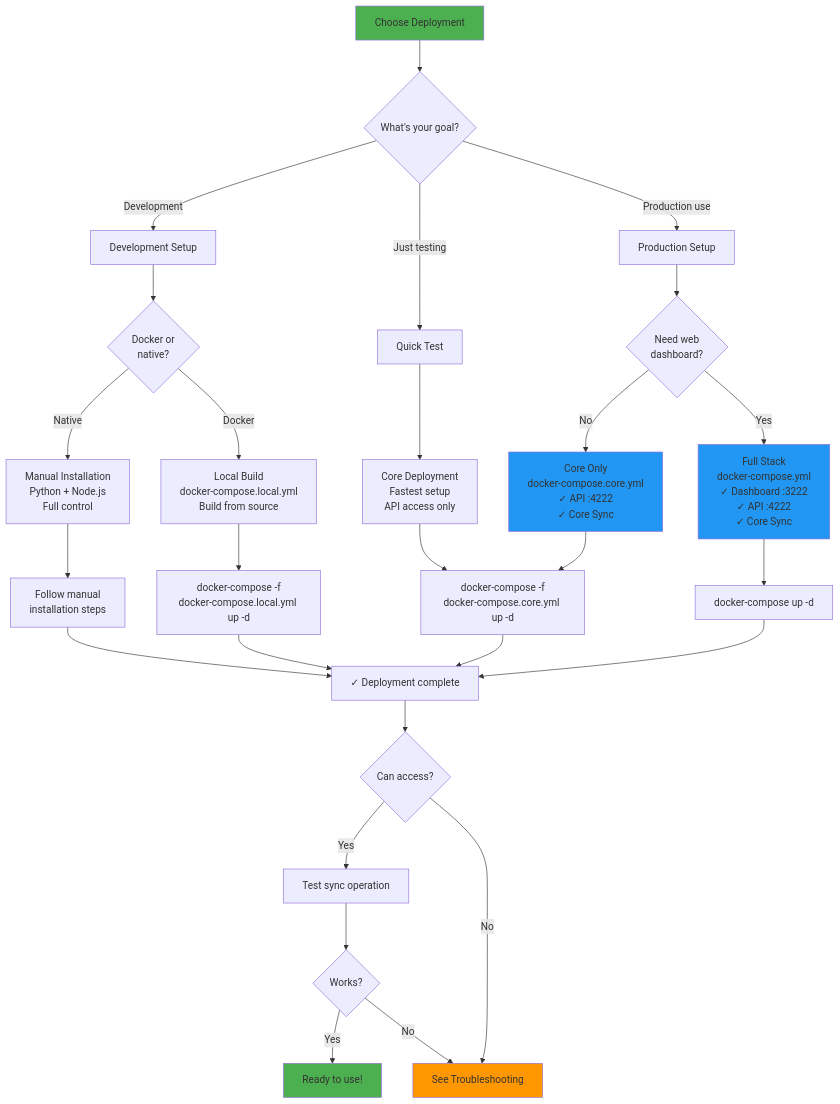
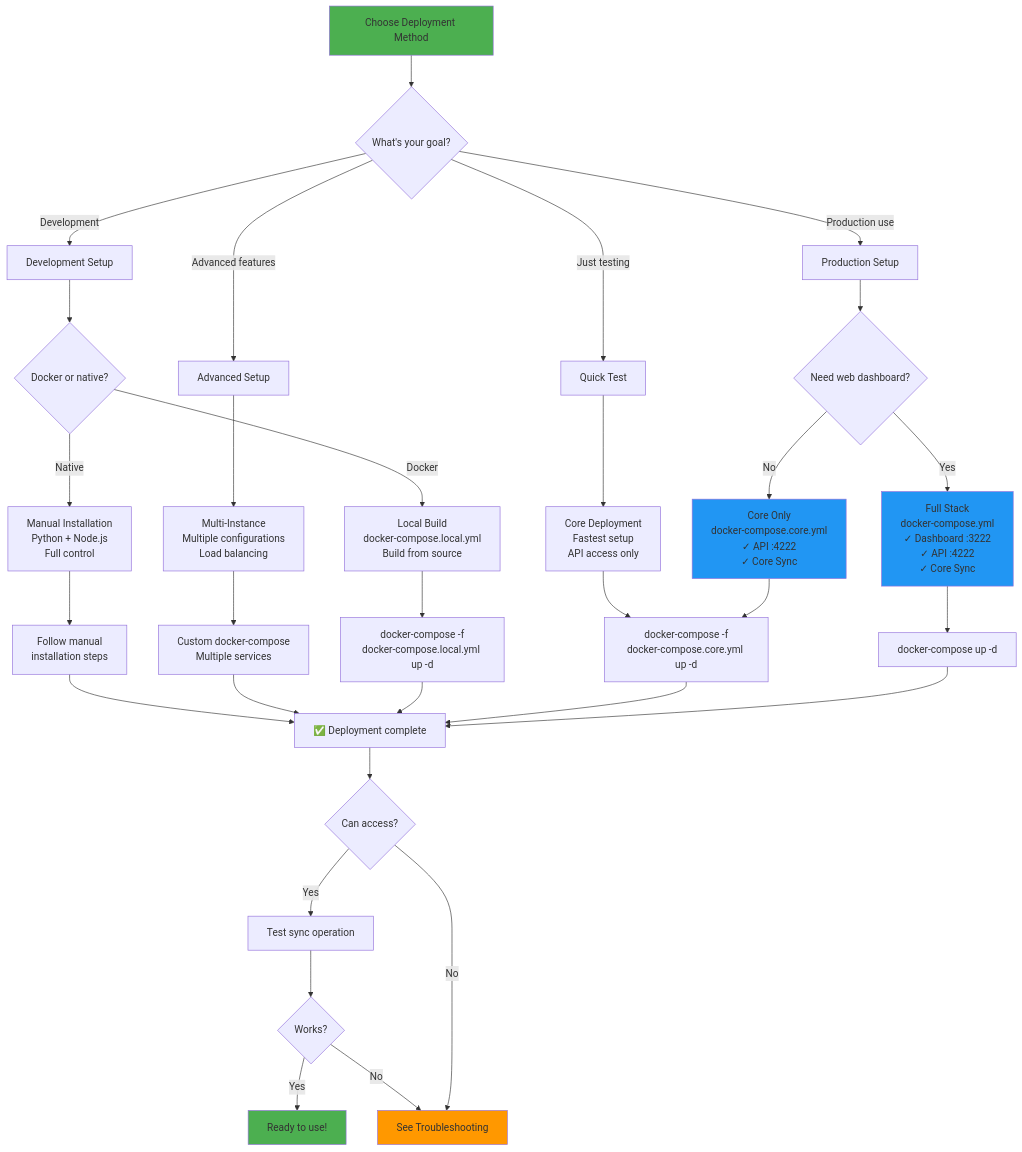
One commit to martynvdijke/listsync changed the second of 5 diagrams in docs/installation.md. Above: the diagram before and after it, drawn with Mermaid. The commit also changed other lines of this file and 21 other files, not shown here.

````diff
--- a/docs/installation.md
+++ b/docs/installation.md
@@ -78,42 +94,47 @@
 ```mermaid
 flowchart TD
-    Start[Choose Deployment] --> UseCase{What's your goal?}
+    Start[Choose Deployment Method] --> UseCase{What's your goal?}
     
     UseCase -->|Production use| Prod[Production Setup]
     UseCase -->|Development| Dev[Development Setup]
     UseCase -->|Just testing| Test[Quick Test]
+    UseCase -->|Advanced features| Advanced[Advanced Setup]
     
-    Prod --> NeedDashboard{Need web<br/>dashboard?}
+    Prod --> NeedDashboard{Need web dashboard?}
     NeedDashboard -->|Yes| FullDocker[Full Stack<br/>docker-compose.yml<br/>✓ Dashboard :3222<br/>✓ API :4222<br/>✓ Core Sync]
     NeedDashboard -->|No| CoreDocker[Core Only<br/>docker-compose.core.yml<br/>✓ API :4222<br/>✓ Core Sync]
     
-    Dev --> LocalOrDocker{Docker or<br/>native?}
+    Dev --> LocalOrDocker{Docker or native?}
     LocalOrDocker -->|Docker| DevDocker[Local Build<br/>docker-compose.local.yml<br/>Build from source]
     LocalOrDocker -->|Native| ManualSetup[Manual Installation<br/>Python + Node.js<br/>Full control]
     
     Test --> QuickDocker[Core Deployment<br/>Fastest setup<br/>API access only]
+    
+    Advanced --> MultiInstance[Multi-Instance<br/>Multiple configurations<br/>Load balancing]
     
     FullDocker --> DeployFull[docker-compose up -d]
     CoreDocker --> DeployCore[docker-compose -f<br/>docker-compose.core.yml up -d]
     DevDocker --> DeployDev[docker-compose -f<br/>docker-compose.local.yml up -d]
     QuickDocker --> DeployCore
     ManualSetup --> ManualSteps[Follow manual<br/>installation steps]
+    MultiInstance --> DeployMulti[Custom docker-compose<br/>Multiple services]
     
-    DeployFull --> Success[✓ Deployment complete]
+    DeployFull --> Success[✅ Deployment complete]
     DeployCore --> Success
     DeployDev --> Success
+    DeployMulti --> Success
     ManualSteps --> Success
     
     Success --> Access{Can access?}
     Access -->|Yes| TestIt[Test sync operation]
     Access -->|No| TroubleshootInstall[See Troubleshooting]
     TestIt --> Working{Works?}
     Working -->|Yes| Done[Ready to use!]
     Working -->|No| TroubleshootInstall
     
     style Start fill:#4CAF50
     style Done fill:#4CAF50
     style FullDocker fill:#2196F3
     style CoreDocker fill:#2196F3
     style TroubleshootInstall fill:#FF9800
 ```
````
